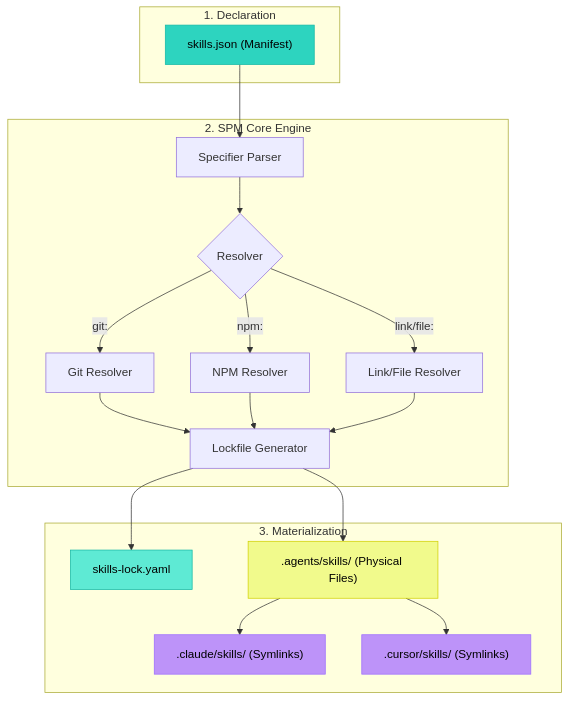
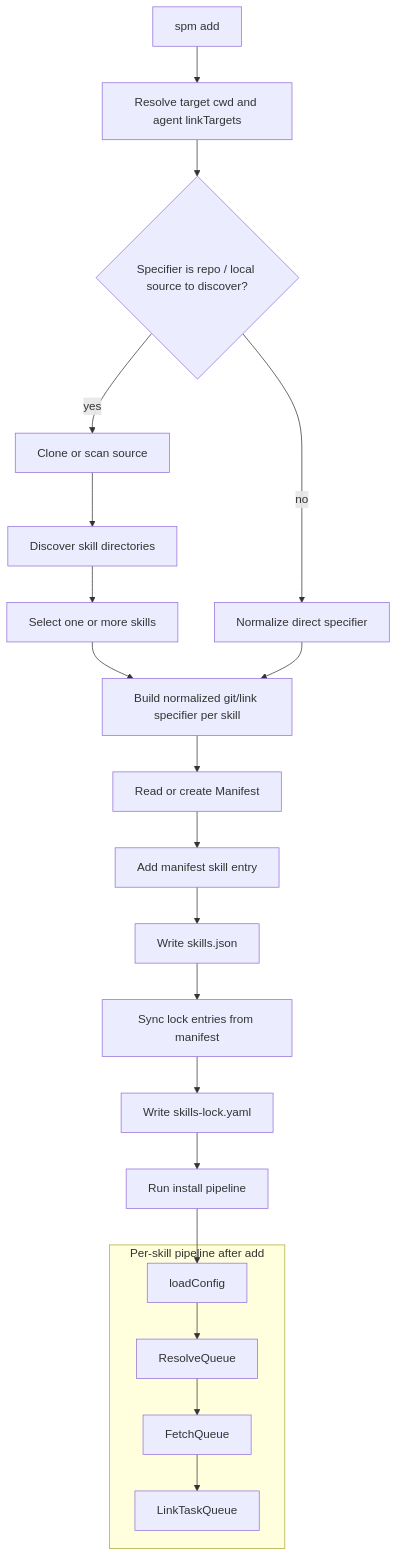
The fourth of 8 diagrams in website/docs/architecture/how-it-works.mdx (SoonIter/skills-package-manager), drawn with Mermaid before and after one commit. The commit also changed other lines of this file and 21 other files, not shown here.

First line of the commit message:
refactor: pipeline and config architecture

````diff
--- a/website/docs/architecture/how-it-works.mdx
+++ b/website/docs/architecture/how-it-works.mdx
@@ -43,40 +187,29 @@
 ```mermaid
-graph TD
-    subgraph Input ["1. Declaration"]
-        A["skills.json (Manifest)"]
+flowchart TD
+    A["spm add <specifier>"] --> B["Resolve target cwd and agent linkTargets"]
+    B --> C{"Specifier is repo / local source to discover?"}
+
+    C -->|yes| D["Clone or scan source"]
+    D --> E["Discover skill directories"]
+    E --> F["Select one or more skills"]
+    F --> G["Build normalized git/link specifier per skill"]
+
+    C -->|no| H["Normalize direct specifier"]
+    H --> G
+
+    G --> I["Read or create Manifest"]
+    I --> J["Add manifest skill entry"]
+    J --> K["Write skills.json"]
+    K --> L["Sync lock entries from manifest"]
+    L --> M["Write skills-lock.yaml"]
+    M --> N["Run install pipeline"]
+
+    subgraph InstallPipeline ["Per-skill pipeline after add"]
+      N1["loadConfig"]
+      N2["ResolveQueue"]
+      N3["FetchQueue"]
+      N4["LinkTaskQueue"]
     end
 
-    subgraph Core ["2. SPM Core Engine"]
-        B["Specifier Parser"]
-        C{"Resolver"}
-        D["Git Resolver"]
-        E["NPM Resolver"]
-        F["Link/File Resolver"]
-        G["Lockfile Generator"]
-    end
-
-    subgraph Output ["3. Materialization"]
-        H["skills-lock.yaml"]
-        I[".agents/skills/ (Physical Files)"]
-        J[".claude/skills/ (Symlinks)"]
-        K[".cursor/skills/ (Symlinks)"]
-    end
-
-    A --> B
-    B --> C
-    C -->|git:| D
-    C -->|npm:| E
-    C -->|link/file:| F
-    
-    D & E & F --> G
-    G --> H
-    G --> I
-    I --> J
-    I --> K
-
-    style A fill:#2dd4bf,stroke:#14b8a6,color:#000
-    style H fill:#5eead4,stroke:#14b8a6,color:#000
-    style I fill:#f1fa8c,stroke:#d1d100,color:#000
-    style J fill:#bd93f9,stroke:#9b6dff,color:#000
-    style K fill:#bd93f9,stroke:#9b6dff,color:#000
+    N --> N1 --> N2 --> N3 --> N4
 ```
````
